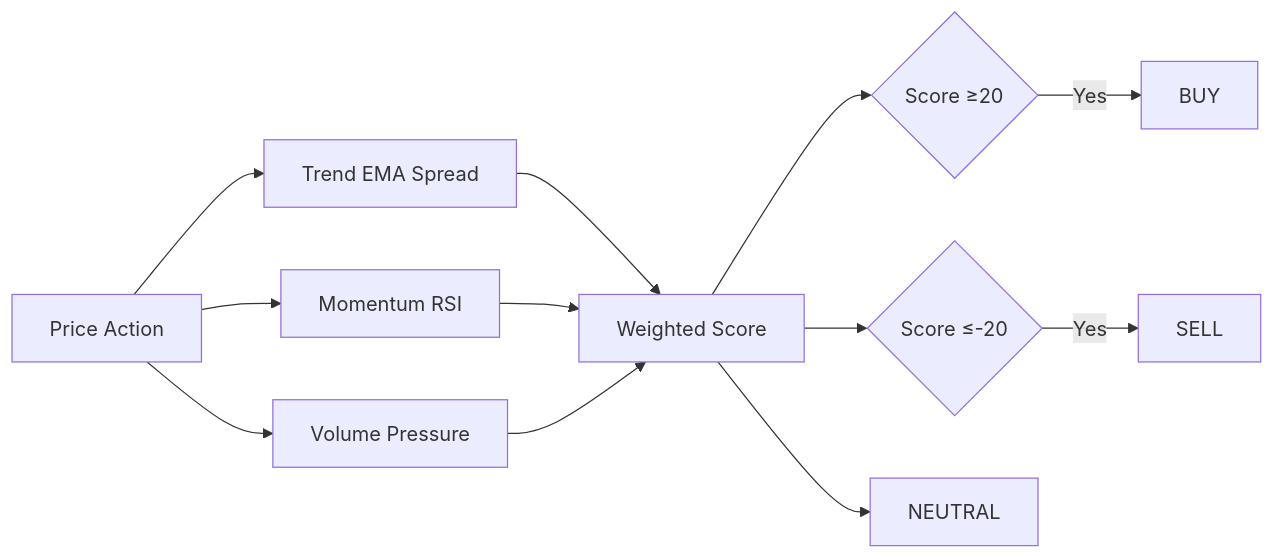
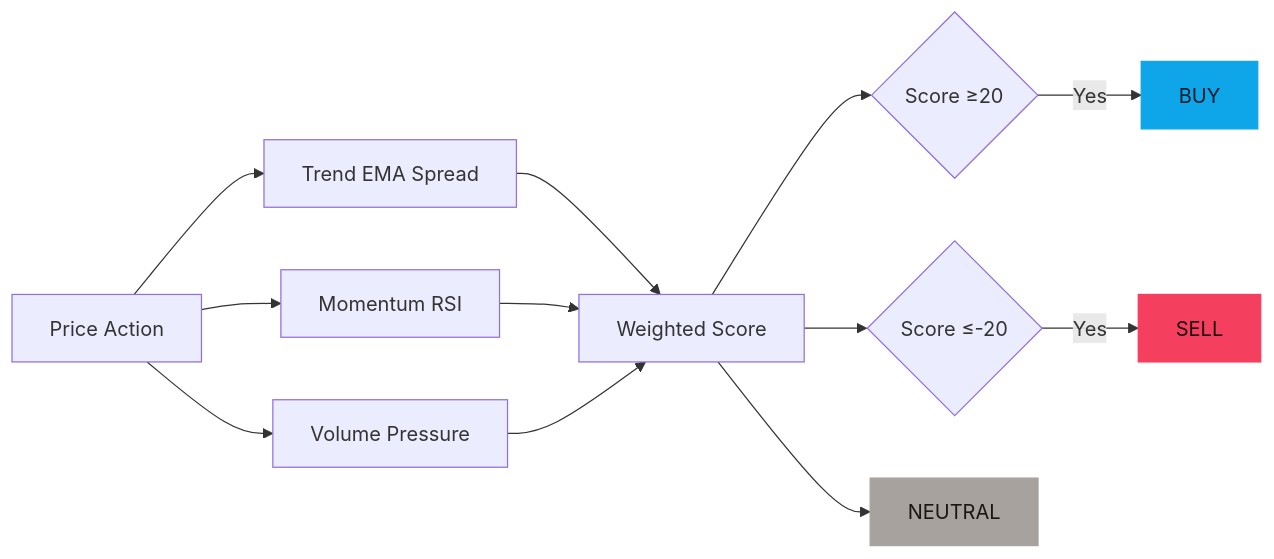
Before and after one commit to printezy247/toptradecall: the diagram in README.md, drawn with Mermaid. The commit also changed other lines of this file, not shown here.

````diff
--- a/README.md
+++ b/README.md
@@ -118,14 +229,22 @@
 ```mermaid
 flowchart LR
     A[Price Action] --> B[Trend EMA Spread]
     A --> C[Momentum RSI]
     A --> D[Volume Pressure]
     B --> E[Weighted Score]
     C --> E
     D --> E
     E --> F{Score ≥20}
     F -->|Yes| G[BUY]
     E --> H{Score ≤-20}
     H -->|Yes| I[SELL]
     E --> J[NEUTRAL]
+
+    classDef buy   fill:#0ea5e9,color:#0b1b27,stroke:#0ea5e9
+    classDef sell  fill:#f43f5e,color:#1a0a10,stroke:#f43f5e
+    classDef neur  fill:#a8a29e,color:#1a1614,stroke:#a8a29e
+
+    class G buy
+    class I sell
+    class J neur
 ```
````
